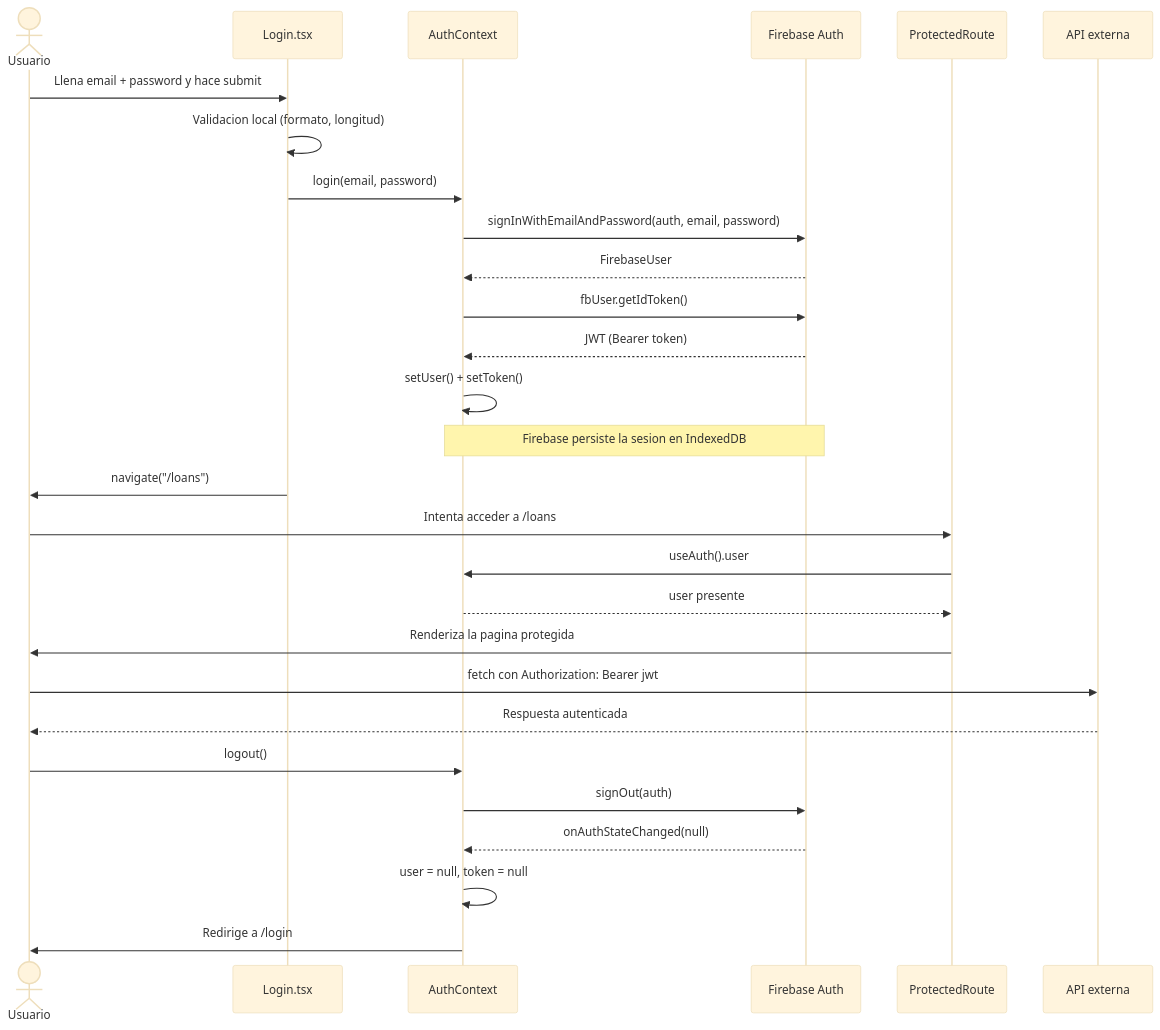
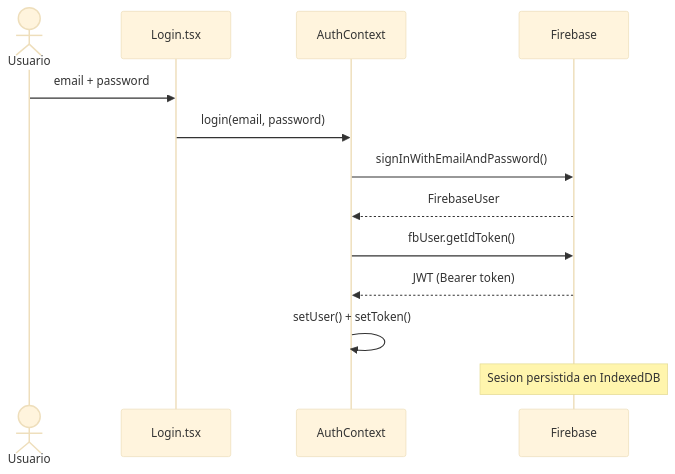
The diagram in task_6.md (web-development-SOP/capstone), drawn with Mermaid (base theme) before and after one commit.

Commit message:
Simplify auth flow diagram in task_6 to match README

````diff
--- a/task_6.md
+++ b/task_6.md
@@ -81,34 +81,16 @@
 ```mermaid
 sequenceDiagram
     actor U as Usuario
     participant L as Login.tsx
     participant A as AuthContext
-    participant F as Firebase Auth
-    participant P as ProtectedRoute
-    participant API as API externa
+    participant F as Firebase
 
-    U->>L: Llena email + password y hace submit
-    L->>L: Validacion local (formato, longitud)
+    U->>L: email + password
     L->>A: login(email, password)
-    A->>F: signInWithEmailAndPassword(auth, email, password)
+    A->>F: signInWithEmailAndPassword()
     F-->>A: FirebaseUser
     A->>F: fbUser.getIdToken()
     F-->>A: JWT (Bearer token)
     A->>A: setUser() + setToken()
-    Note over A,F: Firebase persiste la sesion en IndexedDB
-    L->>U: navigate("/loans")
-
-    U->>P: Intenta acceder a /loans
-    P->>A: useAuth().user
-    A-->>P: user presente
-    P->>U: Renderiza la pagina protegida
-
-    U->>API: fetch con Authorization: Bearer jwt
-    API-->>U: Respuesta autenticada
-
-    U->>A: logout()
-    A->>F: signOut(auth)
-    F-->>A: onAuthStateChanged(null)
-    A->>A: user = null, token = null
-    A->>U: Redirige a /login
+    Note over F: Sesion persistida en IndexedDB
 ```
````
